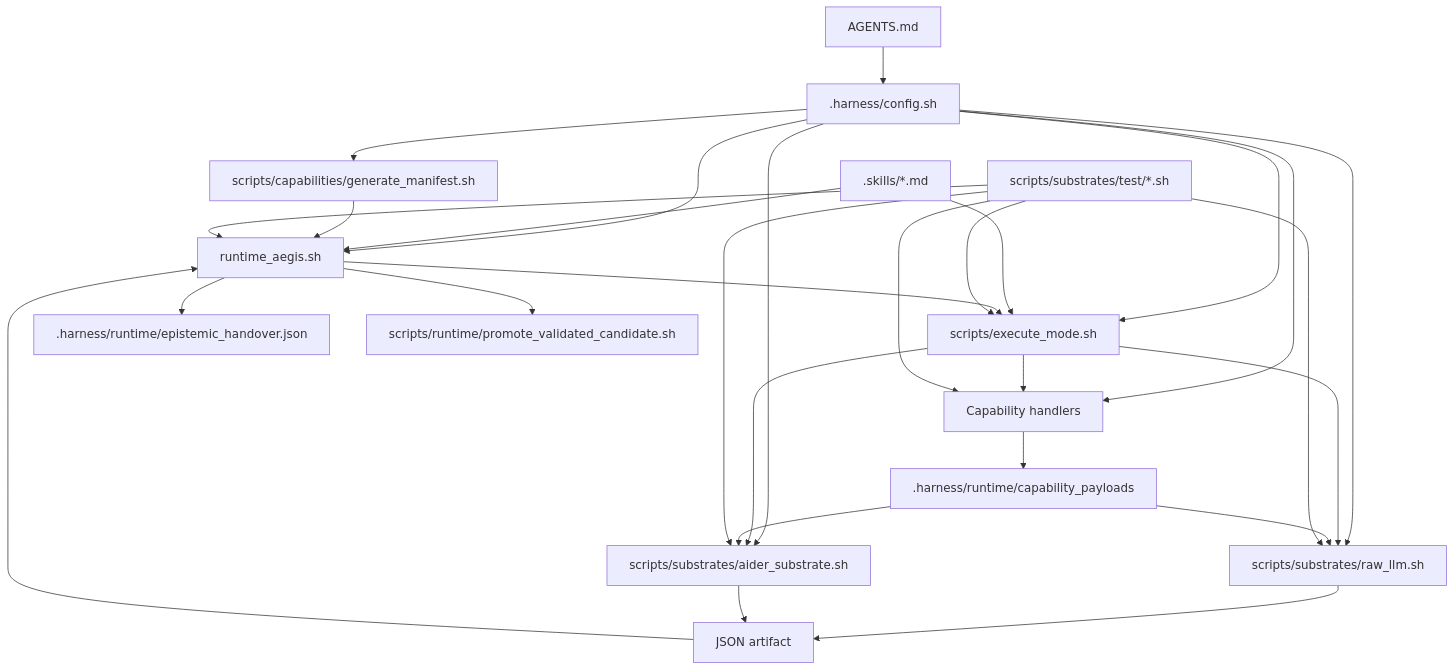
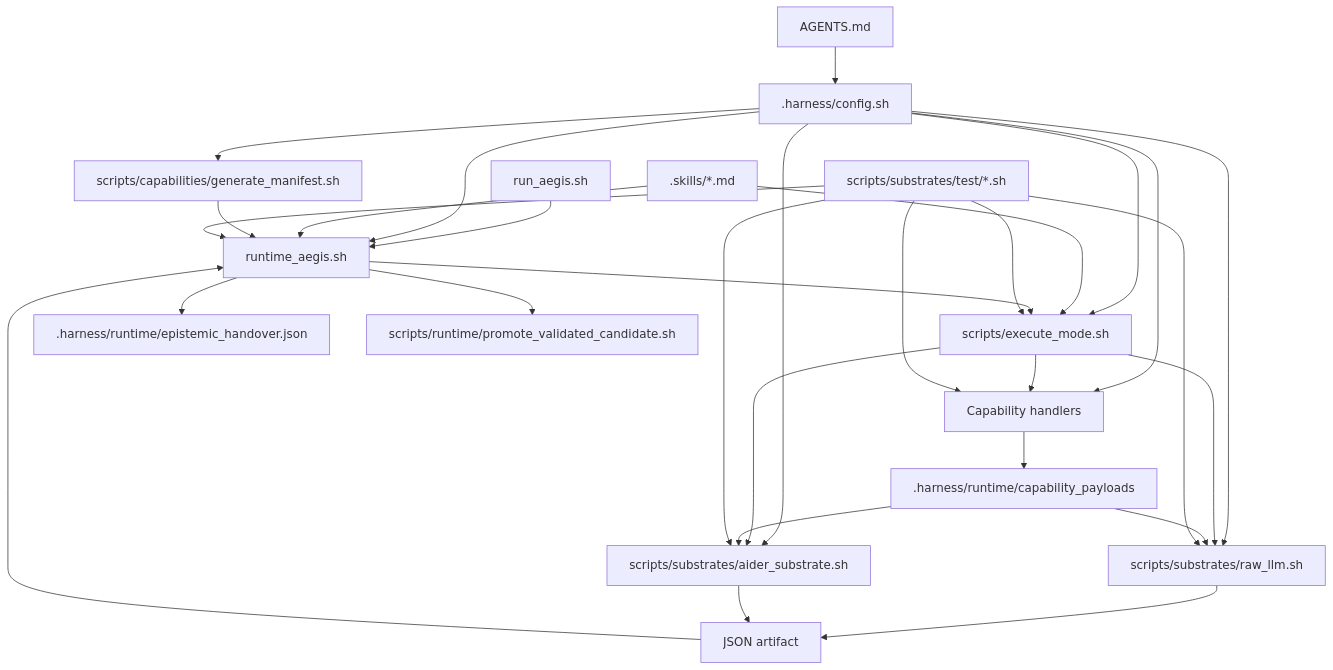
Before and after one commit to farifran/aegis-kiss: the diagram in summary.md, drawn with Mermaid. The commit also changed other lines of this file and 3 other files, not shown here.

````diff
--- a/summary.md
+++ b/summary.md
@@ -30,30 +30,31 @@
 ```mermaid
 flowchart TD
+	R[run_aegis.sh] --> C
 	A[AGENTS.md] --> B[.harness/config.sh]
 	B --> C[runtime_aegis.sh]
 	B --> D[scripts/capabilities/generate_manifest.sh]
 	B --> E[scripts/execute_mode.sh]
 	B --> F[scripts/substrates/raw_llm.sh]
 	B --> F2[scripts/substrates/aider_substrate.sh]
 	B --> G[Capability handlers]
 	H[.skills/*.md] --> C
 	H --> E
 	D --> C
 	C --> E
 	E --> G
 	G --> I[.harness/runtime/capability_payloads]
 	E --> F
 	E --> F2
 	I --> F
 	I --> F2
 	F --> J[JSON artifact]
 	F2 --> J
 	J --> C
 	C --> K[.harness/runtime/epistemic_handover.json]
 	C --> M[scripts/runtime/promote_validated_candidate.sh]
 	L[scripts/substrates/test/*.sh] --> C
 	L --> E
 	L --> F
 	L --> F2
 	L --> G
 ```
````
